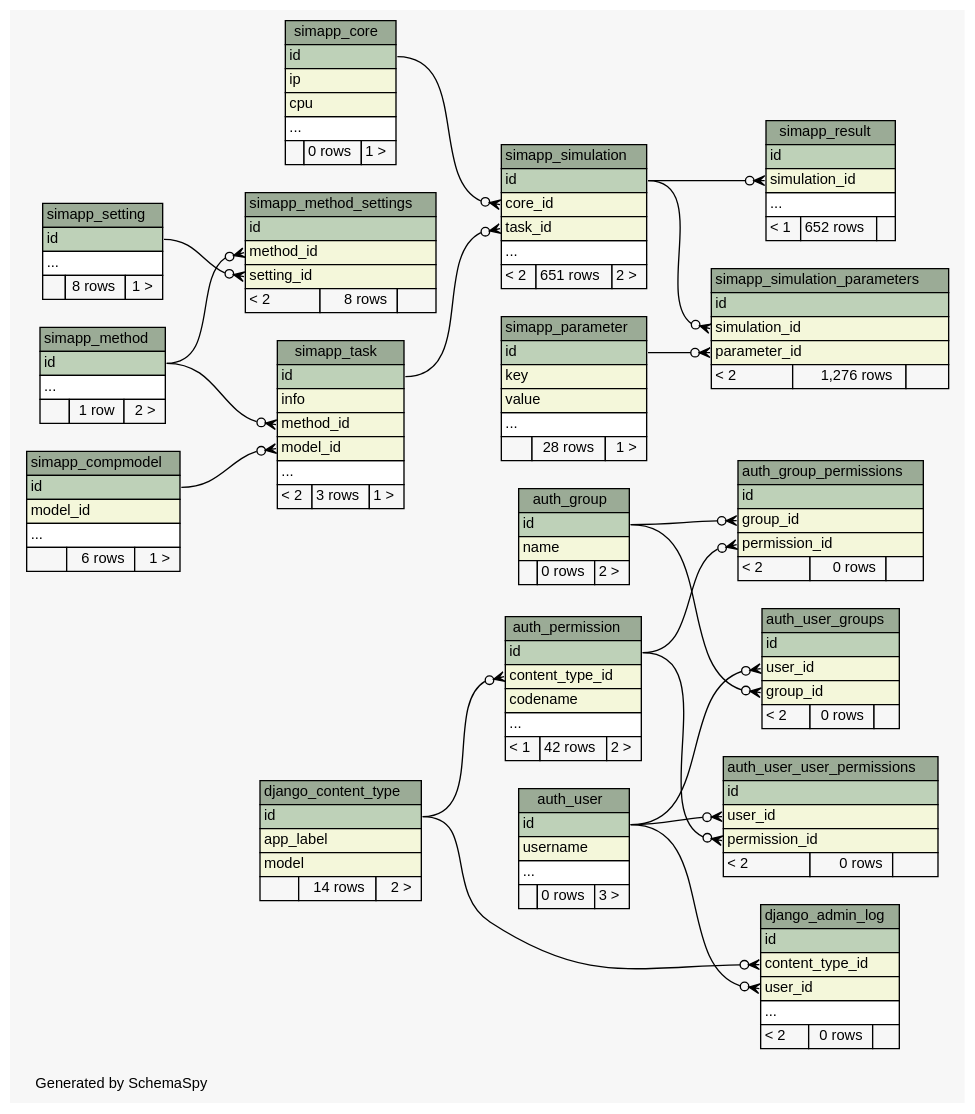
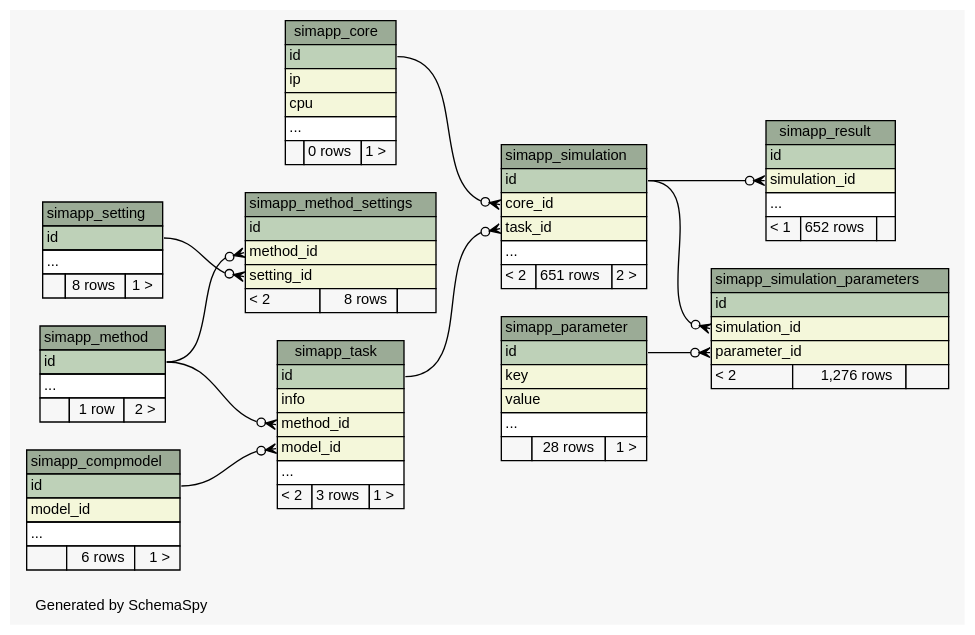
Before and after one commit to jingyayeah/multiscale-galactose: the diagram in database/schema/diagrams/summary/relationships.real.compact.dot, drawn with Graphviz. The commit also changed 43 other files, not shown here.

Commit message:
Added database schema information to user interface

```diff
--- a/database/schema/diagrams/summary/relationships.real.compact.dot
+++ b/database/schema/diagrams/summary/relationships.real.compact.dot
@@ -18,103 +18,6 @@
   ];
   edge [
     arrowsize="0.8"
-  ];
-  "auth_group" [
-    label=<
-    <TABLE BORDER="0" CELLBORDER="1" CELLSPACING="0" BGCOLOR="#ffffff">
-      <TR><TD COLSPAN="3" BGCOLOR="#9bab96" ALIGN="CENTER">auth_group</TD></TR>
-      <TR><TD PORT="id" COLSPAN="3" BGCOLOR="#bed1b8" ALIGN="LEFT">id</TD></TR>
-      <TR><TD PORT="name" COLSPAN="3" BGCOLOR="#f4f7da" ALIGN="LEFT">name</TD></TR>
-      <TR><TD ALIGN="LEFT" BGCOLOR="#f7f7f7">  </TD><TD ALIGN="RIGHT" BGCOLOR="#f7f7f7">0 rows</TD><TD ALIGN="RIGHT" BGCOLOR="#f7f7f7">2 &gt;</TD></TR>
-    </TABLE>>
-    URL="tables/auth_group.html"
-    tooltip="auth_group"
-  ];
-  "auth_group_permissions" [
-    label=<
-    <TABLE BORDER="0" CELLBORDER="1" CELLSPACING="0" BGCOLOR="#ffffff">
-      <TR><TD COLSPAN="3" BGCOLOR="#9bab96" ALIGN="CENTER">auth_group_permissions</TD></TR>
-      <TR><TD PORT="id" COLSPAN="3" BGCOLOR="#bed1b8" ALIGN="LEFT">id</TD></TR>
-      <TR><TD PORT="group_id" COLSPAN="3" BGCOLOR="#f4f7da" ALIGN="LEFT">group_id</TD></TR>
-      <TR><TD PORT="permission_id" COLSPAN="3" BGCOLOR="#f4f7da" ALIGN="LEFT">permission_id</TD></TR>
-      <TR><TD ALIGN="LEFT" BGCOLOR="#f7f7f7">&lt; 2</TD><TD ALIGN="RIGHT" BGCOLOR="#f7f7f7">0 rows</TD><TD ALIGN="RIGHT" BGCOLOR="#f7f7f7">  </TD></TR>
-    </TABLE>>
-    URL="tables/auth_group_permissions.html"
-    tooltip="auth_group_permissions"
-  ];
-  "auth_permission" [
-    label=<
-    <TABLE BORDER="0" CELLBORDER="1" CELLSPACING="0" BGCOLOR="#ffffff">
-      <TR><TD COLSPAN="3" BGCOLOR="#9bab96" ALIGN="CENTER">auth_permission</TD></TR>
-      <TR><TD PORT="id" COLSPAN="3" BGCOLOR="#bed1b8" ALIGN="LEFT">id</TD></TR>
-      <TR><TD PORT="content_type_id" COLSPAN="3" BGCOLOR="#f4f7da" ALIGN="LEFT">content_type_id</TD></TR>
-      <TR><TD PORT="codename" COLSPAN="3" BGCOLOR="#f4f7da" ALIGN="LEFT">codename</TD></TR>
-      <TR><TD PORT="elipses" COLSPAN="3" ALIGN="LEFT">...</TD></TR>
-      <TR><TD ALIGN="LEFT" BGCOLOR="#f7f7f7">&lt; 1</TD><TD ALIGN="RIGHT" BGCOLOR="#f7f7f7">42 rows</TD><TD ALIGN="RIGHT" BGCOLOR="#f7f7f7">2 &gt;</TD></TR>
-    </TABLE>>
-    URL="tables/auth_permission.html"
-    tooltip="auth_permission"
-  ];
-  "auth_user" [
-    label=<
-    <TABLE BORDER="0" CELLBORDER="1" CELLSPACING="0" BGCOLOR="#ffffff">
-      <TR><TD COLSPAN="3" BGCOLOR="#9bab96" ALIGN="CENTER">auth_user</TD></TR>
-      <TR><TD PORT="id" COLSPAN="3" BGCOLOR="#bed1b8" ALIGN="LEFT">id</TD></TR>
-      <TR><TD PORT="username" COLSPAN="3" BGCOLOR="#f4f7da" ALIGN="LEFT">username</TD></TR>
-      <TR><TD PORT="elipses" COLSPAN="3" ALIGN="LEFT">...</TD></TR>
-      <TR><TD ALIGN="LEFT" BGCOLOR="#f7f7f7">  </TD><TD ALIGN="RIGHT" BGCOLOR="#f7f7f7">0 rows</TD><TD ALIGN="RIGHT" BGCOLOR="#f7f7f7">3 &gt;</TD></TR>
-    </TABLE>>
-    URL="tables/auth_user.html"
-    tooltip="auth_user"
-  ];
-  "auth_user_groups" [
-    label=<
-    <TABLE BORDER="0" CELLBORDER="1" CELLSPACING="0" BGCOLOR="#ffffff">
-      <TR><TD COLSPAN="3" BGCOLOR="#9bab96" ALIGN="CENTER">auth_user_groups</TD></TR>
-      <TR><TD PORT="id" COLSPAN="3" BGCOLOR="#bed1b8" ALIGN="LEFT">id</TD></TR>
-      <TR><TD PORT="user_id" COLSPAN="3" BGCOLOR="#f4f7da" ALIGN="LEFT">user_id</TD></TR>
-      <TR><TD PORT="group_id" COLSPAN="3" BGCOLOR="#f4f7da" ALIGN="LEFT">group_id</TD></TR>
-      <TR><TD ALIGN="LEFT" BGCOLOR="#f7f7f7">&lt; 2</TD><TD ALIGN="RIGHT" BGCOLOR="#f7f7f7">0 rows</TD><TD ALIGN="RIGHT" BGCOLOR="#f7f7f7">  </TD></TR>
-    </TABLE>>
-    URL="tables/auth_user_groups.html"
-    tooltip="auth_user_groups"
-  ];
-  "auth_user_user_permissions" [
-    label=<
-    <TABLE BORDER="0" CELLBORDER="1" CELLSPACING="0" BGCOLOR="#ffffff">
-      <TR><TD COLSPAN="3" BGCOLOR="#9bab96" ALIGN="CENTER">auth_user_user_permissions</TD></TR>
-      <TR><TD PORT="id" COLSPAN="3" BGCOLOR="#bed1b8" ALIGN="LEFT">id</TD></TR>
-      <TR><TD PORT="user_id" COLSPAN="3" BGCOLOR="#f4f7da" ALIGN="LEFT">user_id</TD></TR>
-      <TR><TD PORT="permission_id" COLSPAN="3" BGCOLOR="#f4f7da" ALIGN="LEFT">permission_id</TD></TR>
-      <TR><TD ALIGN="LEFT" BGCOLOR="#f7f7f7">&lt; 2</TD><TD ALIGN="RIGHT" BGCOLOR="#f7f7f7">0 rows</TD><TD ALIGN="RIGHT" BGCOLOR="#f7f7f7">  </TD></TR>
-    </TABLE>>
-    URL="tables/auth_user_user_permissions.html"
-    tooltip="auth_user_user_permissions"
-  ];
-  "django_admin_log" [
-    label=<
-    <TABLE BORDER="0" CELLBORDER="1" CELLSPACING="0" BGCOLOR="#ffffff">
-      <TR><TD COLSPAN="3" BGCOLOR="#9bab96" ALIGN="CENTER">django_admin_log</TD></TR>
-      <TR><TD PORT="id" COLSPAN="3" BGCOLOR="#bed1b8" ALIGN="LEFT">id</TD></TR>
-      <TR><TD PORT="content_type_id" COLSPAN="3" BGCOLOR="#f4f7da" ALIGN="LEFT">content_type_id</TD></TR>
-      <TR><TD PORT="user_id" COLSPAN="3" BGCOLOR="#f4f7da" ALIGN="LEFT">user_id</TD></TR>
-      <TR><TD PORT="elipses" COLSPAN="3" ALIGN="LEFT">...</TD></TR>
-      <TR><TD ALIGN="LEFT" BGCOLOR="#f7f7f7">&lt; 2</TD><TD ALIGN="RIGHT" BGCOLOR="#f7f7f7">0 rows</TD><TD ALIGN="RIGHT" BGCOLOR="#f7f7f7">  </TD></TR>
-    </TABLE>>
-    URL="tables/django_admin_log.html"
-    tooltip="django_admin_log"
-  ];
-  "django_content_type" [
-    label=<
-    <TABLE BORDER="0" CELLBORDER="1" CELLSPACING="0" BGCOLOR="#ffffff">
-      <TR><TD COLSPAN="3" BGCOLOR="#9bab96" ALIGN="CENTER">django_content_type</TD></TR>
-      <TR><TD PORT="id" COLSPAN="3" BGCOLOR="#bed1b8" ALIGN="LEFT">id</TD></TR>
-      <TR><TD PORT="app_label" COLSPAN="3" BGCOLOR="#f4f7da" ALIGN="LEFT">app_label</TD></TR>
-      <TR><TD PORT="model" COLSPAN="3" BGCOLOR="#f4f7da" ALIGN="LEFT">model</TD></TR>
-      <TR><TD ALIGN="LEFT" BGCOLOR="#f7f7f7">  </TD><TD ALIGN="RIGHT" BGCOLOR="#f7f7f7">14 rows</TD><TD ALIGN="RIGHT" BGCOLOR="#f7f7f7">2 &gt;</TD></TR>
-    </TABLE>>
-    URL="tables/django_content_type.html"
-    tooltip="django_content_type"
   ];
   "simapp_compmodel" [
     label=<
@@ -239,15 +142,6 @@
     URL="tables/simapp_task.html"
     tooltip="simapp_task"
   ];
-  "auth_group_permissions":"group_id":w -> "auth_group":"id":e [arrowhead=none dir=back arrowtail=crowodot];
-  "auth_group_permissions":"permission_id":w -> "auth_permission":"id":e [arrowhead=none dir=back arrowtail=crowodot];
-  "auth_permission":"content_type_id":w -> "django_content_type":"id":e [arrowhead=none dir=back arrowtail=crowodot];
-  "auth_user_groups":"group_id":w -> "auth_group":"id":e [arrowhead=none dir=back arrowtail=crowodot];
-  "auth_user_groups":"user_id":w -> "auth_user":"id":e [arrowhead=none dir=back arrowtail=crowodot];
-  "auth_user_user_permissions":"permission_id":w -> "auth_permission":"id":e [arrowhead=none dir=back arrowtail=crowodot];
-  "auth_user_user_permissions":"user_id":w -> "auth_user":"id":e [arrowhead=none dir=back arrowtail=crowodot];
-  "django_admin_log":"content_type_id":w -> "django_content_type":"id":e [arrowhead=none dir=back arrowtail=crowodot];
-  "django_admin_log":"user_id":w -> "auth_user":"id":e [arrowhead=none dir=back arrowtail=crowodot];
   "simapp_method_settings":"method_id":w -> "simapp_method":"id":e [arrowhead=none dir=back arrowtail=crowodot];
   "simapp_method_settings":"setting_id":w -> "simapp_setting":"id":e [arrowhead=none dir=back arrowtail=crowodot];
   "simapp_result":"simulation_id":w -> "simapp_simulation":"id":e [arrowhead=none dir=back arrowtail=crowodot];
```
